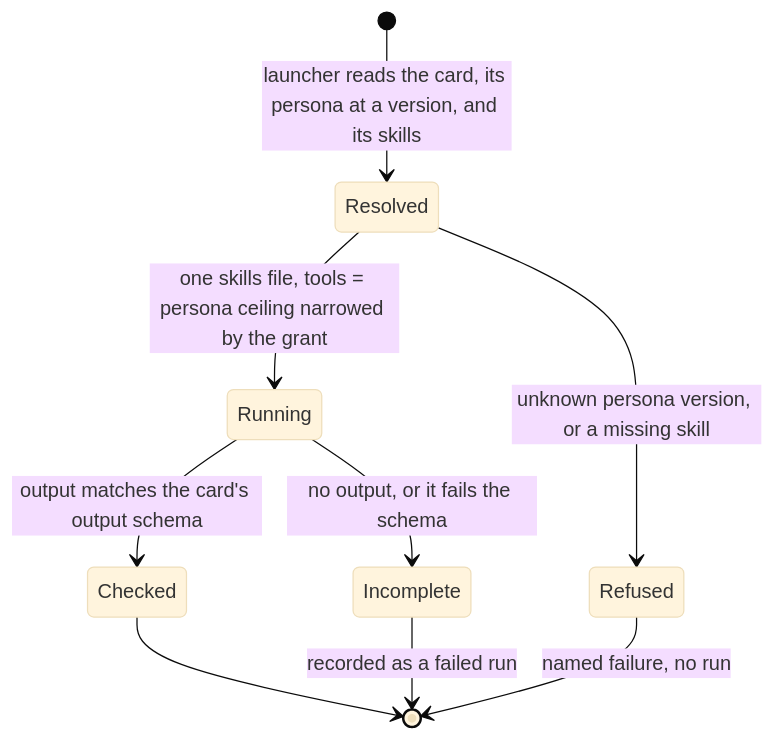
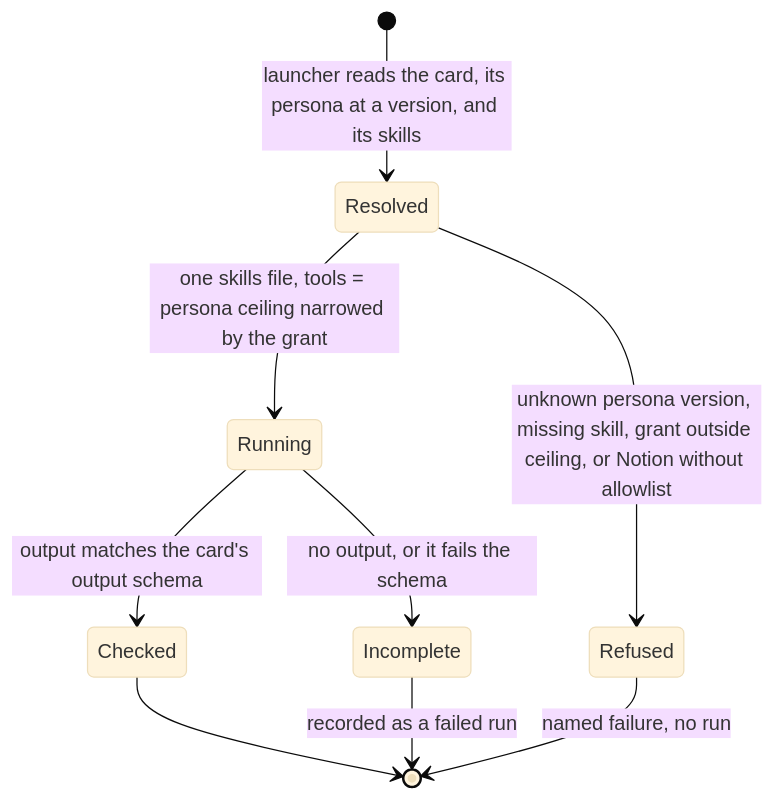
Before and after one commit to sibulus13/claudence: the third of 3 diagrams in docs/work/agent-consolidation/README.md, drawn with Mermaid (base theme). The commit also changed other lines of this file, not shown here.

````diff
--- a/docs/work/agent-consolidation/README.md
+++ b/docs/work/agent-consolidation/README.md
@@ -94,11 +95,11 @@
 ```mermaid
 stateDiagram-v2
   [*] --> Resolved: launcher reads the card, its persona at a version, and its skills
-  Resolved --> Refused: unknown persona version, or a missing skill
+  Resolved --> Refused: unknown persona version, missing skill, grant outside ceiling, or Notion without allowlist
   Resolved --> Running: one skills file, tools = persona ceiling narrowed by the grant
   Running --> Checked: output matches the card's output schema
   Running --> Incomplete: no output, or it fails the schema
   Checked --> [*]
   Incomplete --> [*]: recorded as a failed run
   Refused --> [*]: named failure, no run
 ```
````
